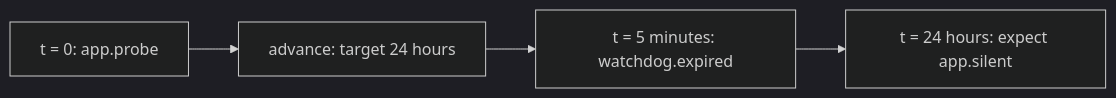
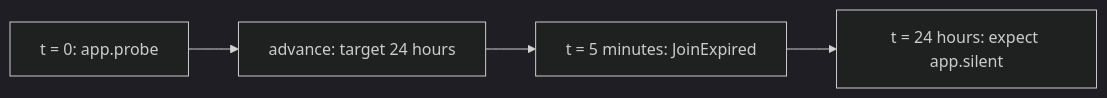
Before and after one commit to rastok-io/rastok: the diagram in docs/site/guide/04-the-lab.md, drawn with Mermaid (dark theme).

Commit message:
Keep the virtual-time fact readable in the rendered guide
The site renderer wraps the qualified port name inside a word. Name the actual JoinExpired fact instead, preserving the scenario and every source excerpt. Site content: 16 passed; fmt and the pinned Mermaid CLI passed.

````diff
--- a/docs/site/guide/04-the-lab.md
+++ b/docs/site/guide/04-the-lab.md
@@ -109,6 +109,6 @@
 ```mermaid
 flowchart LR
     probe["t = 0: app.probe"] --> advance["advance: target 24 hours"]
-    advance --> expiry["t = 5 minutes: watchdog.expired"]
+    advance --> expiry["t = 5 minutes: JoinExpired"]
     expiry --> expect["t = 24 hours: expect app.silent"]
 ```
````
